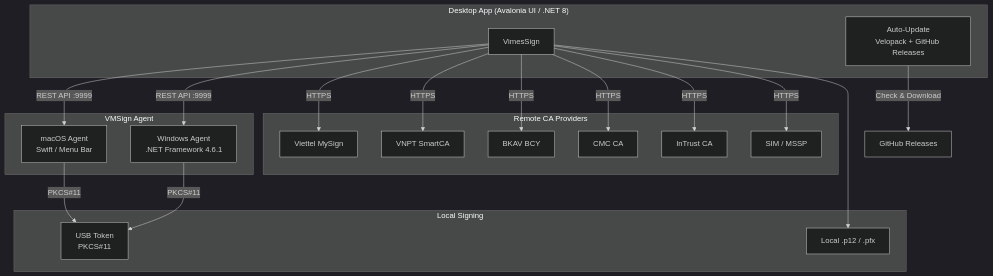
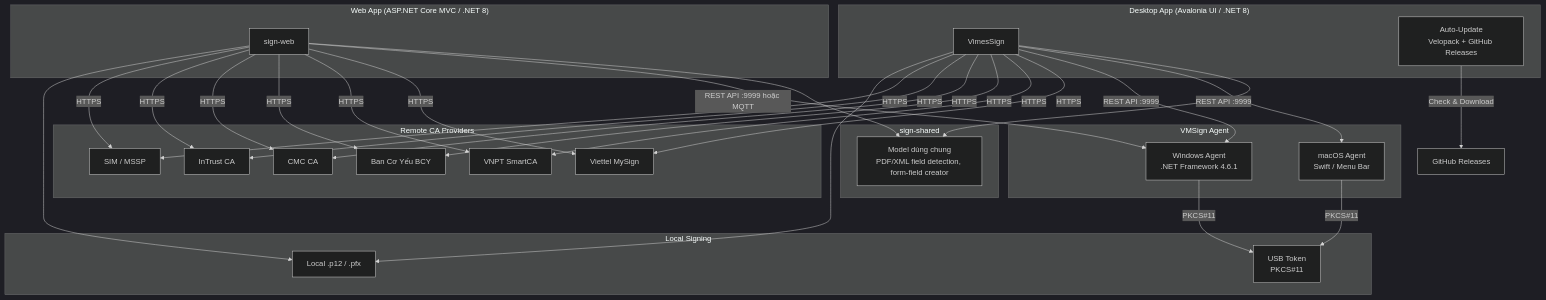
The first of 3 diagrams in README.md (vimesjscvn/vn-sign-sample), drawn with Mermaid (dark theme) before and after one commit. The commit also changed other lines of this file, not shown here.

First line of the commit message:
docs: update README for sign-web, sign-shared, and the two E2E test projects

````diff
--- a/README.md
+++ b/README.md
@@ -7,39 +7,57 @@
 ```mermaid
 graph TB
     subgraph "Desktop App (Avalonia UI / .NET 8)"
         SignApp[VimesSign]
         AutoUpdate[Auto-Update<br/>Velopack + GitHub Releases]
+    end
+
+    subgraph "Web App (ASP.NET Core MVC / .NET 8)"
+        SignWeb[sign-web]
+    end
+
+    subgraph "sign-shared"
+        Shared[Model dùng chung<br/>PDF/XML field detection, form-field creator]
     end
 
     subgraph "VMSign Agent"
         AgentMac[macOS Agent<br/>Swift / Menu Bar]
         AgentWin[Windows Agent<br/>.NET Framework 4.6.1]
     end
 
     subgraph "Remote CA Providers"
         MySign[Viettel MySign]
         SmartCA[VNPT SmartCA]
-        BCY[BKAV BCY]
+        BCY[Ban Cơ Yếu BCY]
         CMC[CMC CA]
         InTrust[InTrust CA]
         SIM[SIM / MSSP]
     end
 
     subgraph "Local Signing"
         USB[USB Token<br/>PKCS#11]
         SelfCert[Local .p12 / .pfx]
     end
 
+    SignApp --> Shared
+    SignWeb --> Shared
     SignApp -->|REST API :9999| AgentMac
     SignApp -->|REST API :9999| AgentWin
+    SignWeb -->|REST API :9999 hoặc MQTT| AgentWin
     AgentMac -->|PKCS#11| USB
     AgentWin -->|PKCS#11| USB
     SignApp -->|HTTPS| MySign
     SignApp -->|HTTPS| SmartCA
     SignApp -->|HTTPS| BCY
     SignApp -->|HTTPS| CMC
     SignApp -->|HTTPS| InTrust
     SignApp -->|HTTPS| SIM
     SignApp --> SelfCert
+    SignWeb -->|HTTPS| MySign
+    SignWeb -->|HTTPS| SmartCA
+    SignWeb -->|HTTPS| BCY
+    SignWeb -->|HTTPS| CMC
+    SignWeb -->|HTTPS| InTrust
+    SignWeb -->|HTTPS| SIM
+    SignWeb --> SelfCert
     AutoUpdate -->|Check & Download| GH[GitHub Releases]
 ```
````
